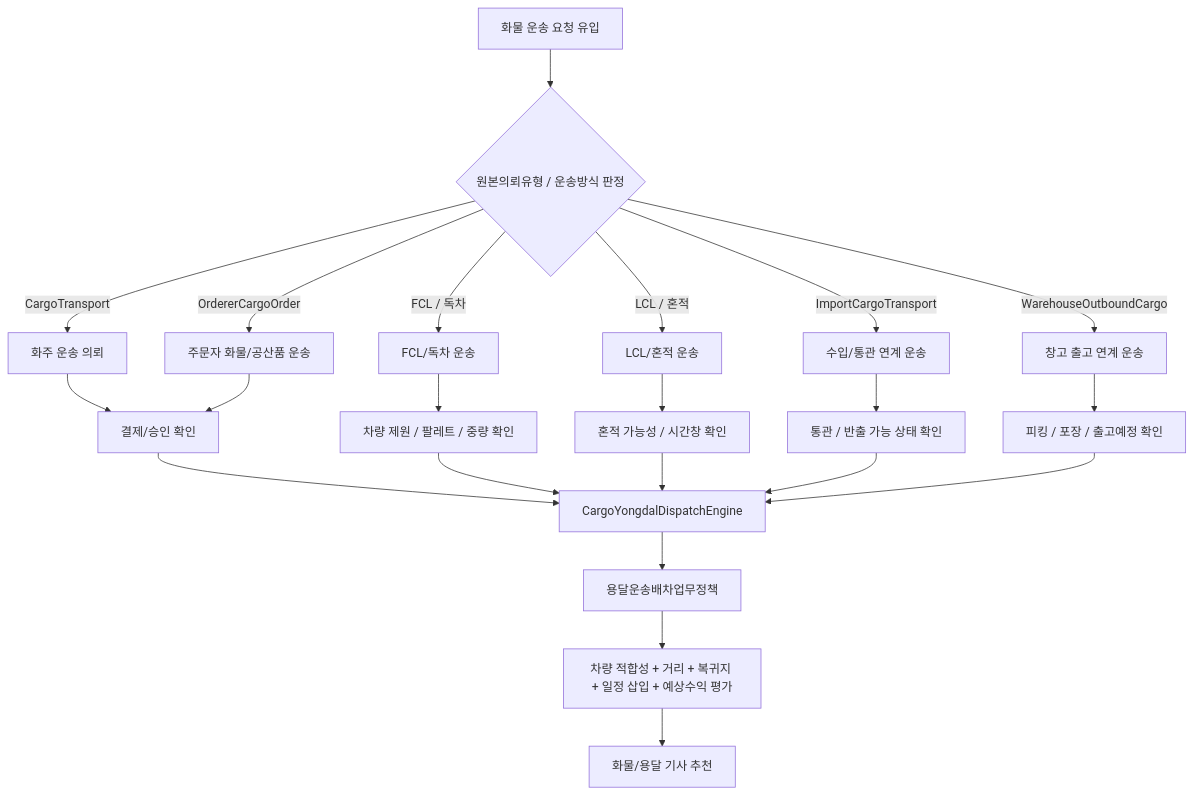
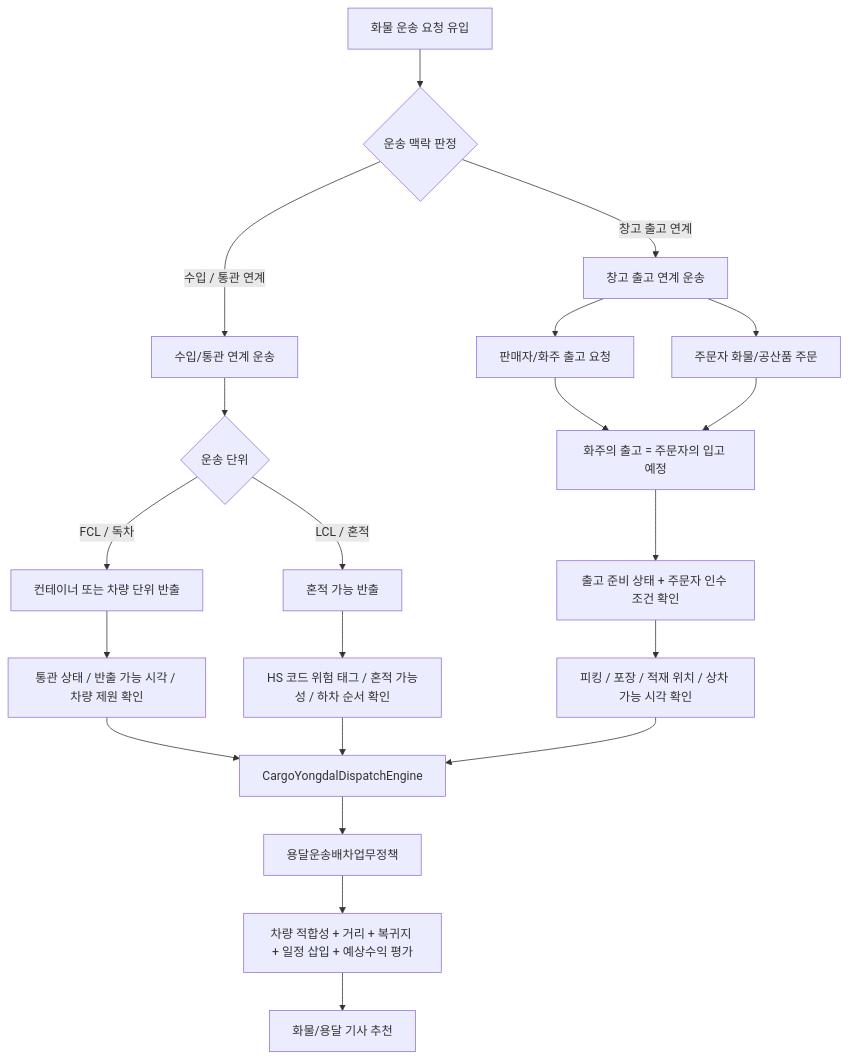
One commit to cheolwo/hongdal changed the second of 3 diagrams in docs/ProjectOverview/dispatch-flows.md. Above: the diagram before and after it, drawn with Mermaid. The commit also changed other lines of this file and 177 other files, not shown here.

````diff
--- a/docs/ProjectOverview/dispatch-flows.md
+++ b/docs/ProjectOverview/dispatch-flows.md
@@ -40,24 +40,25 @@
 ```mermaid
 flowchart TD
-    A["화물 운송 요청 유입"] --> B{"원본의뢰유형 / 운송방식 판정"}
-    B -->|CargoTransport| C["화주 운송 의뢰"]
-    B -->|OrdererCargoOrder| D["주문자 화물/공산품 운송"]
-    B -->|FCL / 독차| E["FCL/독차 운송"]
-    B -->|LCL / 혼적| F["LCL/혼적 운송"]
-    B -->|ImportCargoTransport| G["수입/통관 연계 운송"]
-    B -->|WarehouseOutboundCargo| H["창고 출고 연계 운송"]
-    C --> I["결제/승인 확인"]
-    D --> I
-    E --> J["차량 제원 / 팔레트 / 중량 확인"]
-    F --> K["혼적 가능성 / 시간창 확인"]
-    G --> L["통관 / 반출 가능 상태 확인"]
-    H --> M["피킹 / 포장 / 출고예정 확인"]
-    I --> N["CargoYongdalDispatchEngine"]
-    J --> N
-    K --> N
-    L --> N
-    M --> N
-    N --> O["용달운송배차업무정책"]
-    O --> P["차량 적합성 + 거리 + 복귀지 + 일정 삽입 + 예상수익 평가"]
-    P --> Q["화물/용달 기사 추천"]
+    A["화물 운송 요청 유입"] --> B{"운송 맥락 판정"}
+    B -->|수입 / 통관 연계| C["수입/통관 연계 운송"]
+    C --> C1{"운송 단위"}
+    C1 -->|FCL / 독차| C2["컨테이너 또는 차량 단위 반출"]
+    C1 -->|LCL / 혼적| C3["혼적 가능 반출"]
+    C2 --> C4["통관 상태 / 반출 가능 시각 / 차량 제원 확인"]
+    C3 --> C5["HS 코드 위험 태그 / 혼적 가능성 / 하차 순서 확인"]
+
+    B -->|창고 출고 연계| D["창고 출고 연계 운송"]
+    D --> D1["판매자/화주 출고 요청"]
+    D --> D2["주문자 화물/공산품 주문"]
+    D1 --> D3["화주의 출고 = 주문자의 입고 예정"]
+    D2 --> D3
+    D3 --> D4["출고 준비 상태 + 주문자 인수 조건 확인"]
+    D4 --> D5["피킹 / 포장 / 적재 위치 / 상차 가능 시각 확인"]
+
+    C4 --> E["CargoYongdalDispatchEngine"]
+    C5 --> E
+    D5 --> E
+    E --> F["용달운송배차업무정책"]
+    F --> G["차량 적합성 + 거리 + 복귀지 + 일정 삽입 + 예상수익 평가"]
+    G --> H["화물/용달 기사 추천"]
 ```
````
